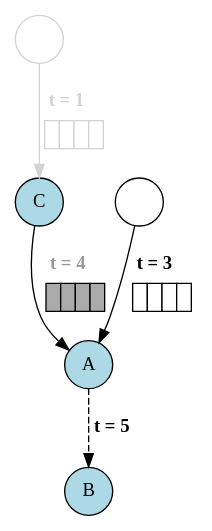
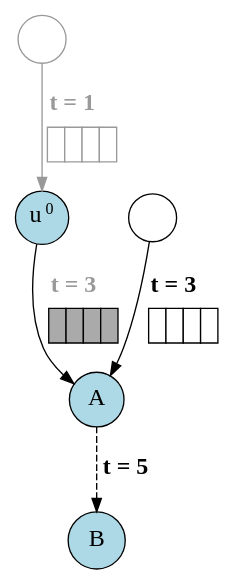
One commit to ds-jrg/TGNNSHAP changed the diagram in Documents/Graphs/Masked_Example.dot. Above: the diagram before and after it, drawn with Graphviz. The commit also changed 16 other files, not shown here.

```diff
--- a/Documents/Graphs/Masked_Example.dot
+++ b/Documents/Graphs/Masked_Example.dot
@@ -1,92 +1,93 @@
 digraph G {
     // A -> B [
     //     label=<
     //     <TABLE BORDER="0" CELLBORDER="1" CELLSPACING="0">
     //         <TR>
     //             <TD BGCOLOR="#eeeeee">0.1</TD>
     //             <TD BGCOLOR="#999999">0.8</TD>
     //             <TD BGCOLOR="#cccccc">0.4</TD>
     //             <TD BGCOLOR="#555555">0.9</TD>
     //         </TR>
     //     </TABLE>
     //     >
     // ];
     margin=0
-    node[label="", shape=circle]
+    node[label="", shape=circle, fontsize=18]
+    edge[fontsize=18]
 
     A [fillcolor=lightblue, style=filled, label="A"];
     B [fillcolor=lightblue, style=filled, label="B"];
-    C [fillcolor=lightblue, style=filled, label="C"];
+    C [fillcolor=lightblue, style=filled, label=<u<SUP><FONT POINT-SIZE="12">0</FONT></SUP>>, fixedsize=true, width=0.55, height=0.5];
 
     A1 [label = ""];
-    A21 [label = "", color=lightgrey];
+    A21 [label = "", color="#999999"];
 
     A -> B [label=<
         <TABLE BORDER="0" CELLBORDER="0" CELLSPACING="2">
             <TR>
                 <TD><B>t = 5</B></TD>
             </TR>
         </TABLE>
         >, style=dashed]
     A1 -> A [label=<
         <TABLE BORDER="0" CELLBORDER="0" CELLSPACING="2">
             <TR>
                 <TD><B>t = 3</B></TD>
             </TR>
             <TR>
                 <TD>
                     <TABLE BORDER="0" CELLBORDER="1" CELLSPACING="0">
                         <TR>
                             <TD BGCOLOR="#ffffff"> </TD>
                             <TD BGCOLOR="#ffffff"> </TD>
                             <TD BGCOLOR="#ffffff"> </TD>
                             <TD BGCOLOR="#ffffff"> </TD>
                         </TR>
                     </TABLE>
                 </TD>
             </TR>
 
         </TABLE>
         >]
     C -> A [label=<
         <TABLE BORDER="0" CELLBORDER="0" CELLSPACING="2">
             <TR>
-                <TD><FONT COLOR="#999999"><B>t = 4</B></FONT></TD>
+                <TD><FONT COLOR="#999999"><B>t = 3</B></FONT></TD>
             </TR>
             <TR>
                 <TD>
                     <TABLE BORDER="0" CELLBORDER="1" CELLSPACING="0">
                         <TR>
                             <TD BGCOLOR="#aaaaaa"> </TD>
                             <TD BGCOLOR="#aaaaaa"> </TD>
                             <TD BGCOLOR="#aaaaaa"> </TD>
                             <TD BGCOLOR="#aaaaaa"> </TD>
                         </TR>
                     </TABLE>
                 </TD>
             </TR>
 
         </TABLE>
         >]
 
-    A21 -> C [color=lightgrey, label=<
+    A21 -> C [color="#999999", label=<
         <TABLE BORDER="0" CELLBORDER="0" CELLSPACING="2">
             <TR>
-                <TD><FONT COLOR="lightgrey"><B>t = 1</B></FONT></TD>
+                <TD><FONT COLOR="#999999"><B>t = 1</B></FONT></TD>
             </TR>
             <TR>
                 <TD>
                     <TABLE BORDER="0" CELLBORDER="1" CELLSPACING="0">
                         <TR>
                             <TD BGCOLOR="#ffffff"> </TD>
                             <TD BGCOLOR="#ffffff"> </TD>
                             <TD BGCOLOR="#ffffff"> </TD>
                             <TD BGCOLOR="#ffffff"> </TD>
                         </TR>
                     </TABLE>
                 </TD>
             </TR>
 
         </TABLE>
         >]
 }
```
